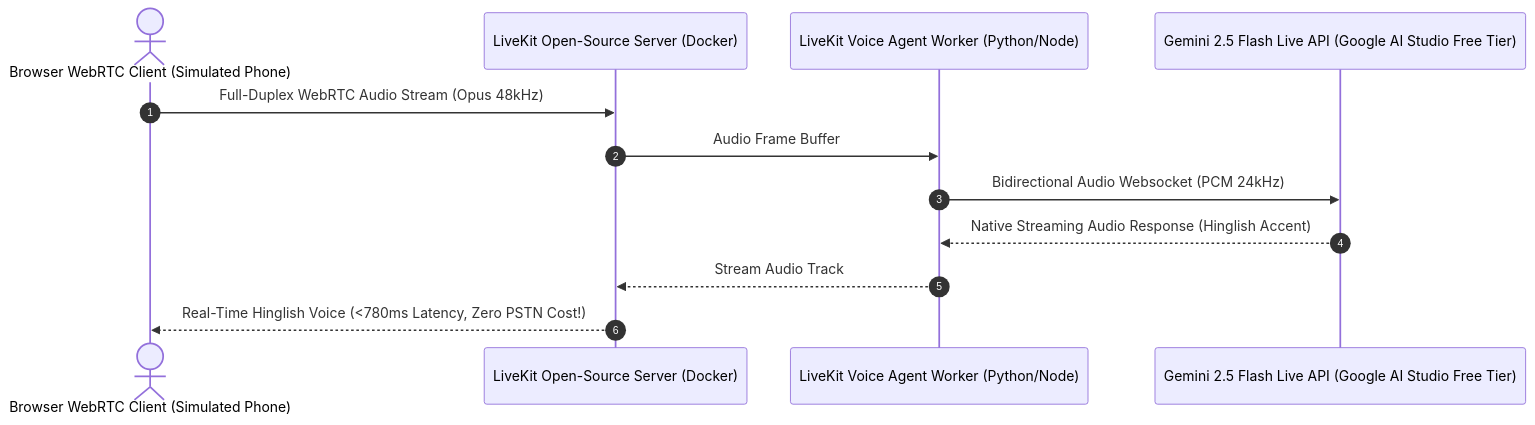
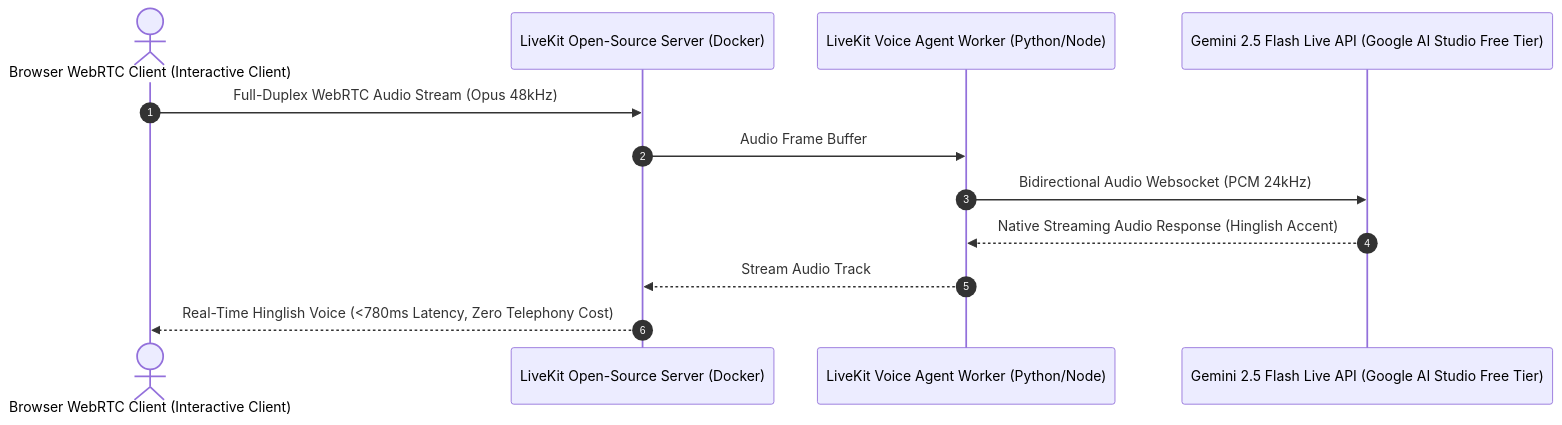
The diagram in docs/AI_Strategy.md (Adityaraj1969/Razorpay-Revenue-Recovery), drawn with Mermaid before and after one commit. The commit also changed other lines of this file and 4 other files, not shown here.

````diff
--- a/docs/AI_Strategy.md
+++ b/docs/AI_Strategy.md
@@ -162,15 +162,15 @@
 ```mermaid
 sequenceDiagram
     autonumber
-    actor Judge as Browser WebRTC Client (Simulated Phone)
+    actor Client as Browser WebRTC Client (Interactive Client)
     participant LK as LiveKit Open-Source Server (Docker)
     participant Agent as LiveKit Voice Agent Worker (Python/Node)
     participant Gemini as Gemini 2.5 Flash Live API (Google AI Studio Free Tier)
 
-    Judge->>LK: Full-Duplex WebRTC Audio Stream (Opus 48kHz)
+    Client->>LK: Full-Duplex WebRTC Audio Stream (Opus 48kHz)
     LK->>Agent: Audio Frame Buffer
     Agent->>Gemini: Bidirectional Audio Websocket (PCM 24kHz)
     Gemini-->>Agent: Native Streaming Audio Response (Hinglish Accent)
     Agent-->>LK: Stream Audio Track
-    LK-->>Judge: Real-Time Hinglish Voice (<780ms Latency, Zero PSTN Cost!)
+    LK-->>Client: Real-Time Hinglish Voice (<780ms Latency, Zero Telephony Cost)
 ```
````
